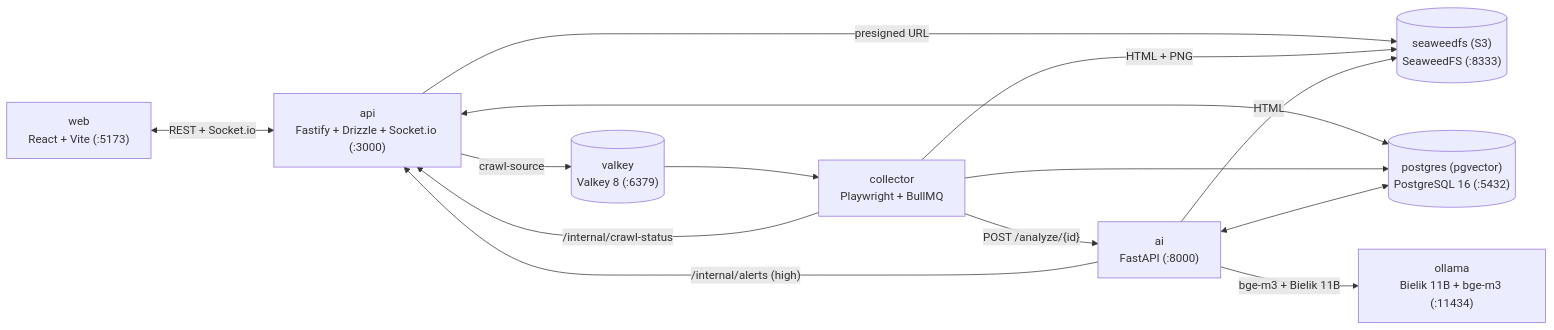
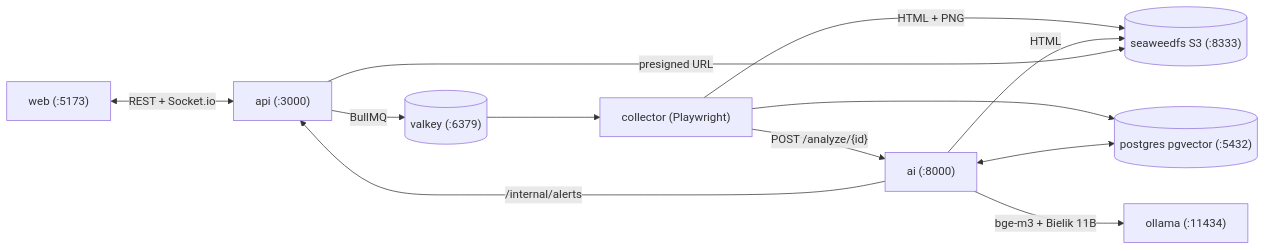
One commit to KacperBartlomiejczak/Hackathon changed the diagram in presentation/slides.md. Above: the diagram before and after it, drawn with Mermaid. The commit also changed other lines of this file and 3 other files, not shown here.

Commit message:
docs(infra): add architecture.mmd, 10-slide presentation deck, and 3-min DEMO_SCRIPT

````diff
--- a/presentation/slides.md
+++ b/presentation/slides.md
@@ -25,25 +22,14 @@
 ```mermaid
 flowchart LR
-  web["web<br/>React + Vite (:5173)"]
-  api["api<br/>Fastify + Drizzle + Socket.io (:3000)"]
-  collector["collector<br/>Playwright + BullMQ"]
-  ai["ai<br/>FastAPI (:8000)"]
-  pg[("postgres (pgvector)<br/>PostgreSQL 16 (:5432)")]
-  valkey[("valkey<br/>Valkey 8 (:6379)")]
-  s3[("seaweedfs (S3)<br/>SeaweedFS (:8333)")]
-  ollama["ollama<br/>Bielik 11B + bge-m3 (:11434)"]
-
-  web <-- "REST + Socket.io" --> api
-  api -- "crawl-source" --> valkey
-  api <--> pg
+  web["web (:5173)"] <-- "REST + Socket.io" --> api["api (:3000)"]
+  api -- "BullMQ" --> valkey[("valkey (:6379)")]
+  valkey --> collector["collector (Playwright)"]
+  collector -- "HTML + PNG" --> s3[("seaweedfs S3 (:8333)")]
+  collector --> pg[("postgres pgvector (:5432)")]
+  collector -- "POST /analyze/{id}" --> ai["ai (:8000)"]
+  ai <--> pg
+  ai -- "HTML" --> s3
+  ai -- "bge-m3 + Bielik 11B" --> ollama["ollama (:11434)"]
+  ai -- "/internal/alerts" --> api
   api -- "presigned URL" --> s3
-  valkey --> collector
-  collector -- "HTML + PNG" --> s3
-  collector --> pg
-  collector -- "/internal/crawl-status" --> api
-  collector -- "POST /analyze/{id}" --> ai
-  ai -- "HTML" --> s3
-  ai <--> pg
-  ai -- "bge-m3 + Bielik 11B" --> ollama
-  ai -- "/internal/alerts (high)" --> api
 ```
````
